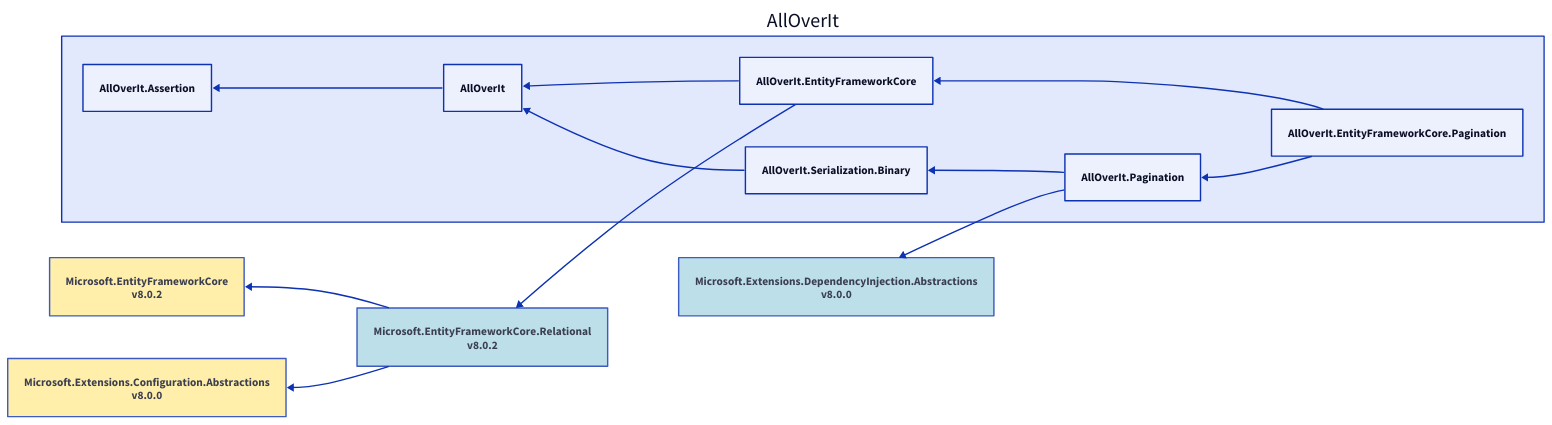
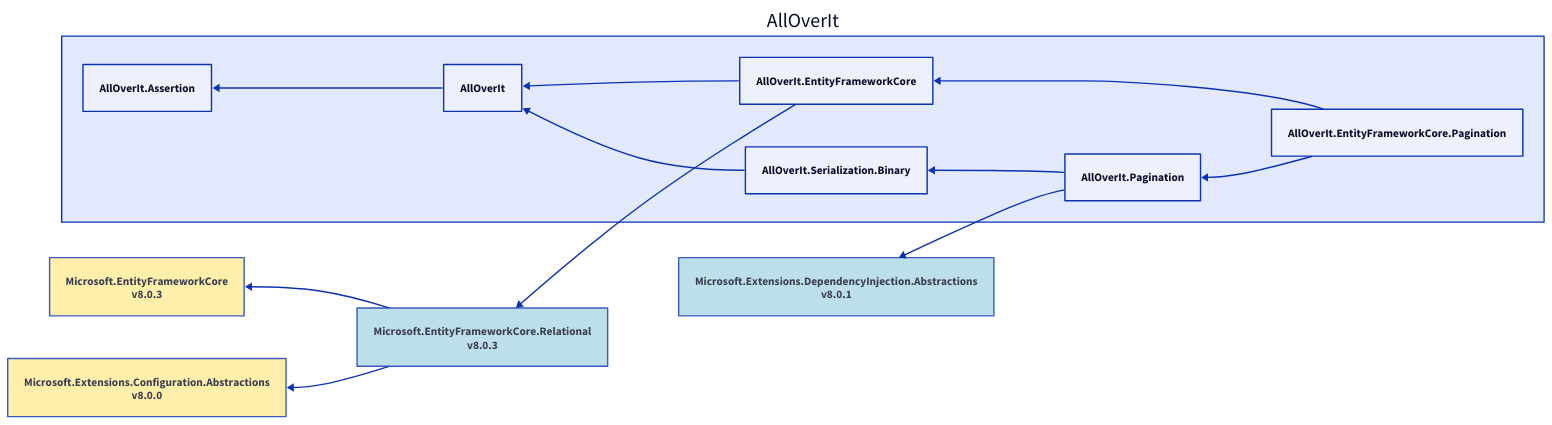
The diagram in Docs/Reference/Content/images/dependencies/net8.0/alloverit-entityframeworkcore-pagination.d2 (mjfreelancing/AllOverIt), drawn with D2 before and after one commit. The commit also changed 72 other files, not shown here.

Commit message:
Diagram updates

```diff
--- a/Docs/Reference/Content/images/dependencies/net8.0/alloverit-entityframeworkcore-pagination.d2
+++ b/Docs/Reference/Content/images/dependencies/net8.0/alloverit-entityframeworkcore-pagination.d2
@@ -1,31 +1,31 @@
 direction: left
 
 aoi: AllOverIt
 aoi.alloverit-entityframeworkcore-pagination: AllOverIt.EntityFrameworkCore.Pagination
 aoi.alloverit-entityframeworkcore: AllOverIt.EntityFrameworkCore
-microsoft-entityframeworkcore-relational_8-0-2: Microsoft.EntityFrameworkCore.Relational\nv8.0.2
-microsoft-entityframeworkcore-relational_8-0-2.style.fill: "#ADD8E6"
-microsoft-entityframeworkcore-relational_8-0-2.style.opacity: 0.8
-microsoft-entityframeworkcore_8-0-2: Microsoft.EntityFrameworkCore\nv8.0.2
-microsoft-entityframeworkcore_8-0-2.style.fill: "#FFEC96"
-microsoft-entityframeworkcore_8-0-2.style.opacity: 0.8
-microsoft-entityframeworkcore_8-0-2 <- microsoft-entityframeworkcore-relational_8-0-2
+microsoft-entityframeworkcore-relational_8-0-3: Microsoft.EntityFrameworkCore.Relational\nv8.0.3
+microsoft-entityframeworkcore-relational_8-0-3.style.fill: "#ADD8E6"
+microsoft-entityframeworkcore-relational_8-0-3.style.opacity: 0.8
+microsoft-entityframeworkcore_8-0-3: Microsoft.EntityFrameworkCore\nv8.0.3
+microsoft-entityframeworkcore_8-0-3.style.fill: "#FFEC96"
+microsoft-entityframeworkcore_8-0-3.style.opacity: 0.8
+microsoft-entityframeworkcore_8-0-3 <- microsoft-entityframeworkcore-relational_8-0-3
 microsoft-extensions-configuration-abstractions_8-0-0: Microsoft.Extensions.Configuration.Abstractions\nv8.0.0
 microsoft-extensions-configuration-abstractions_8-0-0.style.fill: "#FFEC96"
 microsoft-extensions-configuration-abstractions_8-0-0.style.opacity: 0.8
-microsoft-extensions-configuration-abstractions_8-0-0 <- microsoft-entityframeworkcore-relational_8-0-2
-microsoft-entityframeworkcore-relational_8-0-2 <- aoi.alloverit-entityframeworkcore
+microsoft-extensions-configuration-abstractions_8-0-0 <- microsoft-entityframeworkcore-relational_8-0-3
+microsoft-entityframeworkcore-relational_8-0-3 <- aoi.alloverit-entityframeworkcore
 aoi.alloverit: AllOverIt
 aoi.alloverit-assertion: AllOverIt.Assertion
 aoi.alloverit-assertion <- aoi.alloverit
 aoi.alloverit <- aoi.alloverit-entityframeworkcore
 aoi.alloverit-entityframeworkcore <- aoi.alloverit-entityframeworkcore-pagination
 aoi.alloverit-pagination: AllOverIt.Pagination
-microsoft-extensions-dependencyinjection-abstractions_8-0-0: Microsoft.Extensions.DependencyInjection.Abstractions\nv8.0.0
-microsoft-extensions-dependencyinjection-abstractions_8-0-0.style.fill: "#ADD8E6"
-microsoft-extensions-dependencyinjection-abstractions_8-0-0.style.opacity: 0.8
-microsoft-extensions-dependencyinjection-abstractions_8-0-0 <- aoi.alloverit-pagination
+microsoft-extensions-dependencyinjection-abstractions_8-0-1: Microsoft.Extensions.DependencyInjection.Abstractions\nv8.0.1
+microsoft-extensions-dependencyinjection-abstractions_8-0-1.style.fill: "#ADD8E6"
+microsoft-extensions-dependencyinjection-abstractions_8-0-1.style.opacity: 0.8
+microsoft-extensions-dependencyinjection-abstractions_8-0-1 <- aoi.alloverit-pagination
 aoi.alloverit-serialization-binary: AllOverIt.Serialization.Binary
 aoi.alloverit <- aoi.alloverit-serialization-binary
 aoi.alloverit-serialization-binary <- aoi.alloverit-pagination
 aoi.alloverit-pagination <- aoi.alloverit-entityframeworkcore-pagination
```
